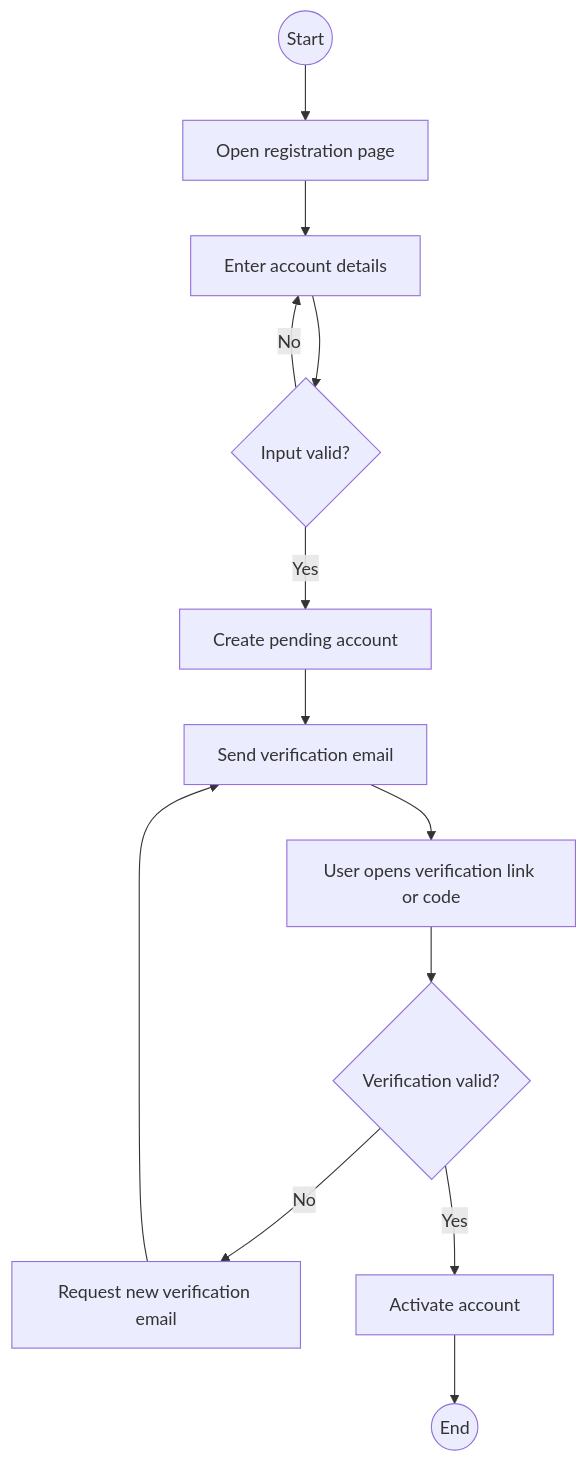
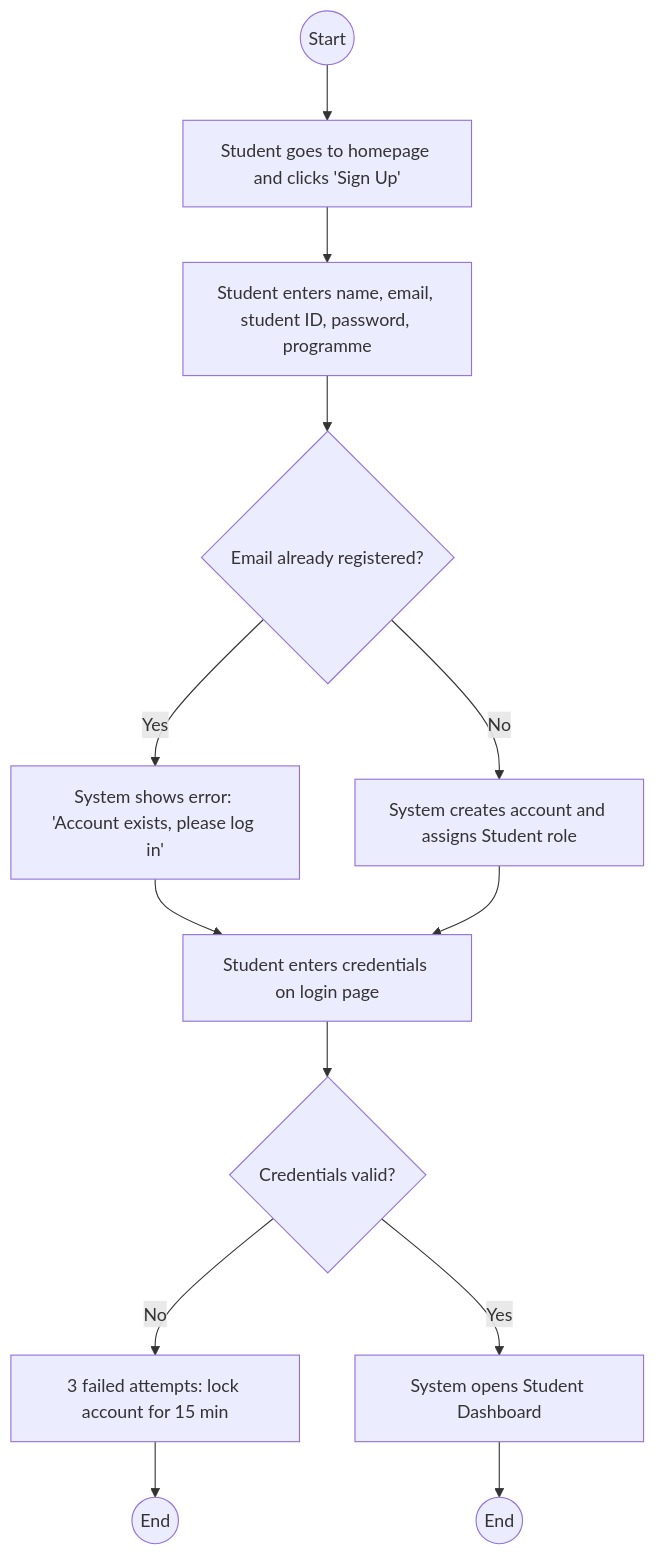
Before and after one commit to wingkit123/QuestLearn: the first of 9 diagrams in part-i/Activity-Diagrams.md, drawn with Mermaid. The commit also changed other lines of this file and 10 other files, not shown here.

Commit message:
Split activity diagrams into per-use-case draw.io files and update activity diagrams markdown

````diff
--- a/part-i/Activity-Diagrams.md
+++ b/part-i/Activity-Diagrams.md
@@ -7,15 +7,15 @@
 ```mermaid
 flowchart TD
-    A((Start)) --> B[Open registration page]
-    B --> C[Enter account details]
-    C --> D{Input valid?}
-    D -- No --> C
-    D -- Yes --> E[Create pending account]
-    E --> F[Send verification email]
-    F --> G[User opens verification link or code]
-    G --> H{Verification valid?}
-    H -- No --> I[Request new verification email]
-    I --> F
-    H -- Yes --> J[Activate account]
-    J --> K((End))
+    A((Start)) --> B["Student goes to homepage and clicks 'Sign Up'"]
+    B --> C["Student enters name, email, student ID, password, programme"]
+    C --> D{"Email already registered?"}
+    D -- Yes --> E["System shows error: 'Account exists, please log in'"]
+    D -- No --> F["System creates account and assigns Student role"]
+    E --> G["Student enters credentials on login page"]
+    F --> G
+    G --> H{"Credentials valid?"}
+    H -- No --> I["3 failed attempts: lock account for 15 min"]
+    I --> N1((End))
+    H -- Yes --> J["System opens Student Dashboard"]
+    J --> N2((End))
 ```
````
